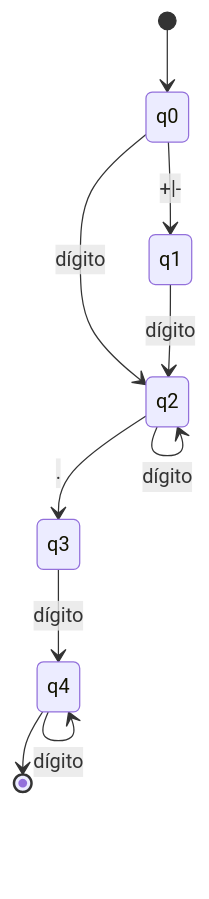
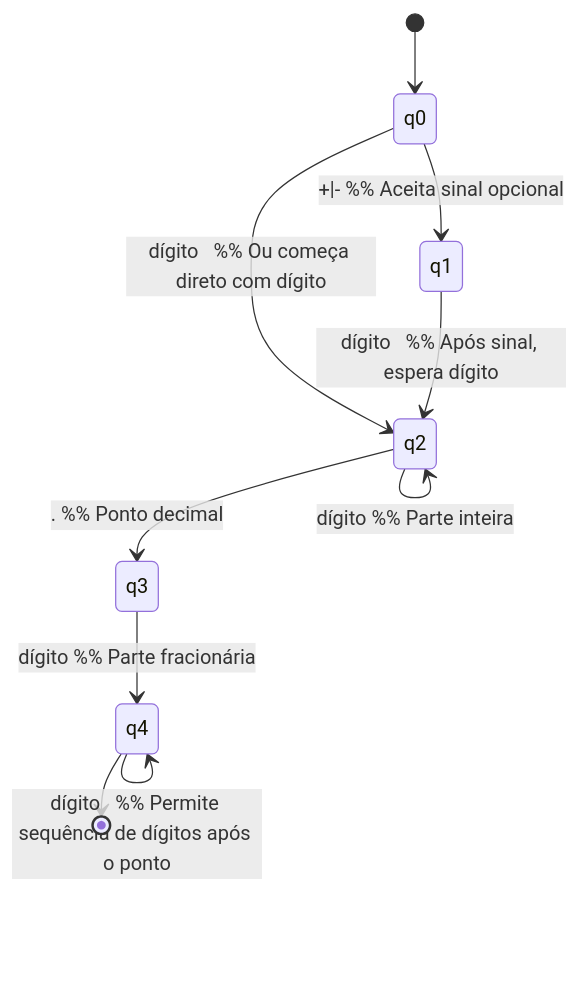
One commit to vikkev/Apollo-Language changed the third of 6 diagrams in afds.md. Above: the diagram before and after it, drawn with Mermaid. The commit also changed other lines of this file and 9 other files, not shown here.

Commit message:
Comentários e Diagrama AFD final

````diff
--- a/afds.md
+++ b/afds.md
@@ -24,12 +24,12 @@
 ```mermaid
 stateDiagram-v2
-    [*] --> q0
-    q0 --> q1 : +|-
-    q0 --> q2 : dígito
-    q1 --> q2 : dígito
-    q2 --> q2 : dígito
-    q2 --> q3 : .
-    q3 --> q4 : dígito
-    q4 --> q4 : dígito
-    q4 --> [*]
+    [*] --> q0           %% Início do autômato
+    q0 --> q1 : +|-      %% Aceita sinal opcional
+    q0 --> q2 : dígito   %% Ou começa direto com dígito
+    q1 --> q2 : dígito   %% Após sinal, espera dígito
+    q2 --> q2 : dígito   %% Parte inteira
+    q2 --> q3 : .        %% Ponto decimal
+    q3 --> q4 : dígito   %% Parte fracionária
+    q4 --> q4 : dígito   %% Permite sequência de dígitos após o ponto
+    q4 --> [*]           %% Estado final (real reconhecido)
 ```
````
